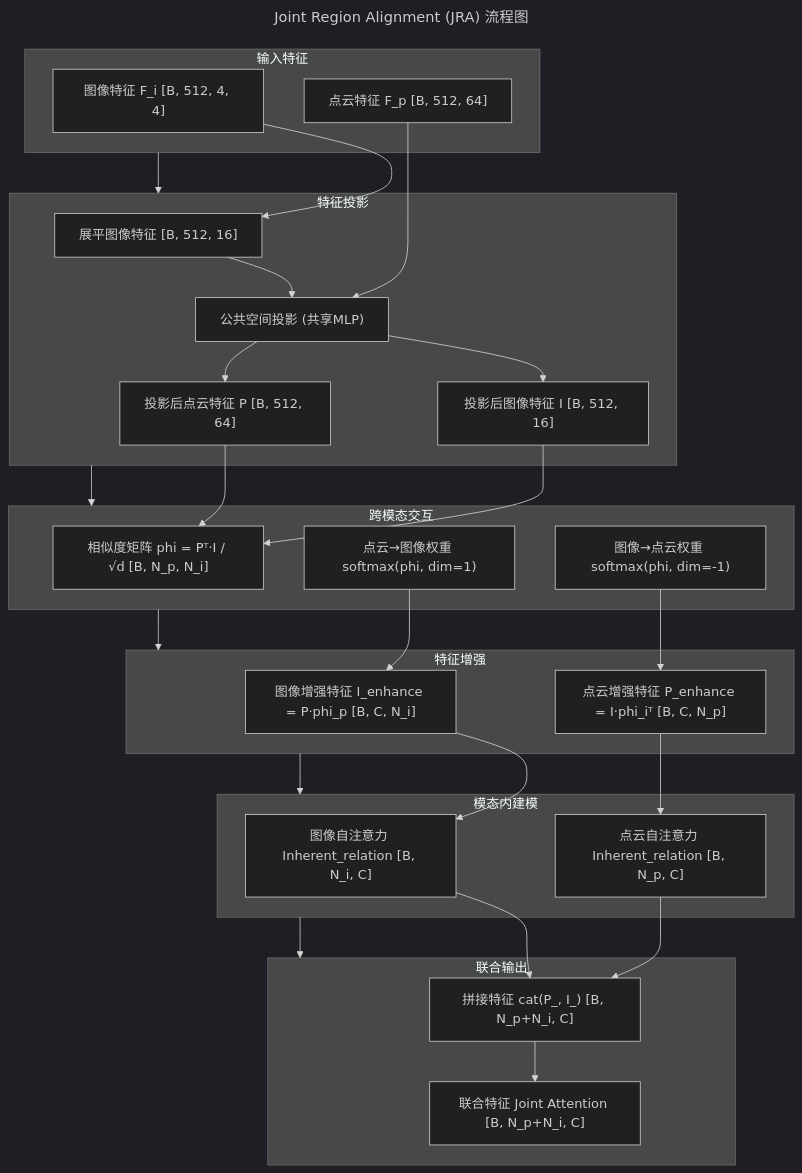
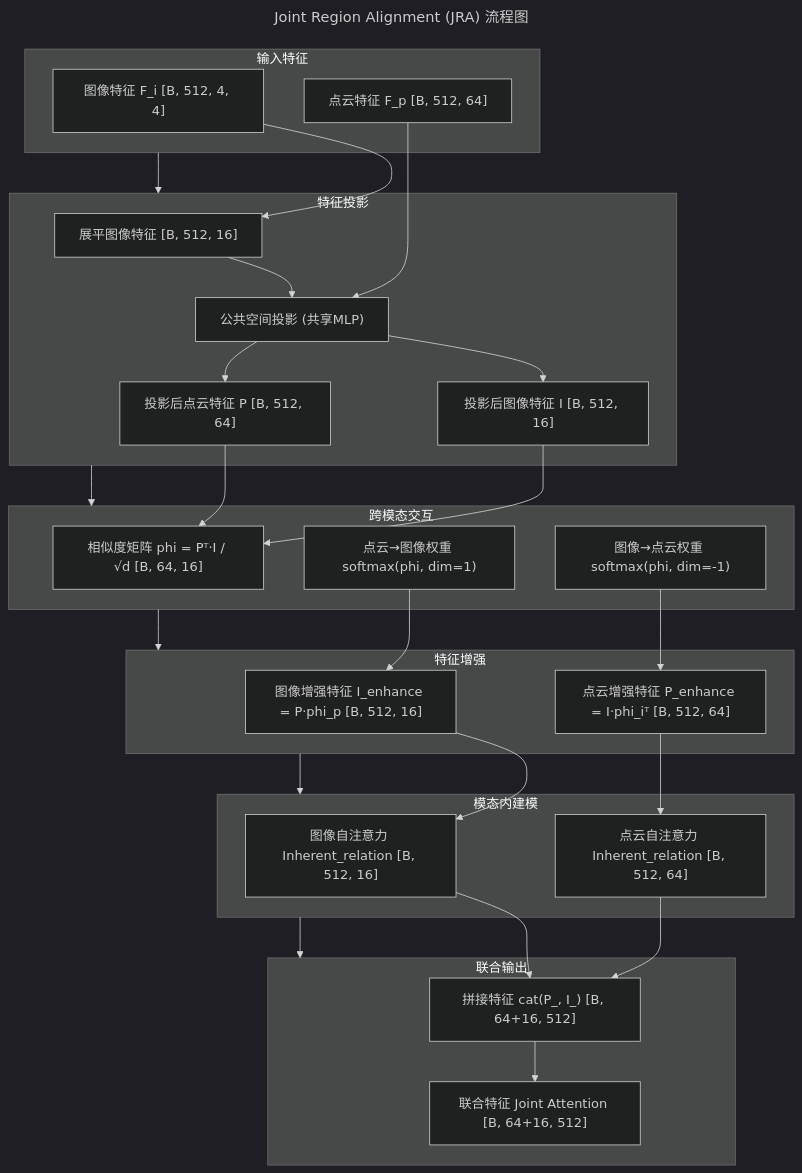
The diagram in src/3DVL/IAGNet.md (BinaryOracle/BinaryOracle.github.io), drawn with Mermaid (dark theme) before and after one commit.

````diff
--- a/src/3DVL/IAGNet.md
+++ b/src/3DVL/IAGNet.md
@@ -356,61 +356,61 @@
 ```mermaid
 ---
 title: Joint Region Alignment (JRA) 流程图
 ---
 flowchart TB
     subgraph 输入特征
         F_i["图像特征 F_i [B, 512, 4, 4]"]
         F_p["点云特征 F_p [B, 512, 64]"]
     end
 
     subgraph 特征投影
         F_i_flat["展平图像特征 [B, 512, 16]"]
         to_common["公共空间投影 (共享MLP)"]
         I["投影后图像特征 I [B, 512, 16]"]
         P["投影后点云特征 P [B, 512, 64]"]
     end
 
     subgraph 跨模态交互
-        phi["相似度矩阵 phi = Pᵀ·I / √d [B, N_p, N_i]"]
+        phi["相似度矩阵 phi = Pᵀ·I / √d [B, 64, 16]"]
         phi_p["点云→图像权重 softmax(phi, dim=1)"]
         phi_i["图像→点云权重 softmax(phi, dim=-1)"]
     end
 
     subgraph 特征增强
-        I_enhance["图像增强特征 I_enhance = P·phi_p [B, C, N_i]"]
-        P_enhance["点云增强特征 P_enhance = I·phi_iᵀ [B, C, N_p]"]
+        I_enhance["图像增强特征 I_enhance = P·phi_p [B, 512, 16]"]
+        P_enhance["点云增强特征 P_enhance = I·phi_iᵀ [B, 512, 64]"]
     end
 
     subgraph 模态内建模
-        I_atten["图像自注意力 Inherent_relation [B, N_i, C]"]
-        P_atten["点云自注意力 Inherent_relation [B, N_p, C]"]
+        I_atten["图像自注意力 Inherent_relation [B, 512, 16]"]
+        P_atten["点云自注意力 Inherent_relation [B, 512, 64]"]
     end
 
     subgraph 联合输出
-        joint_patch["拼接特征 cat(P_, I_) [B, N_p+N_i, C]"]
-        F_j["联合特征 Joint Attention [B, N_p+N_i, C]"]
+        joint_patch["拼接特征 cat(P_, I_) [B, 64+16, 512]"]
+        F_j["联合特征 Joint Attention [B, 64+16, 512]"]
     end
 
     %% 数据流连接
     输入特征 --> 特征投影
     F_i --> F_i_flat
     F_i_flat --> to_common --> I
     F_p --> to_common --> P
 
     特征投影 --> 跨模态交互
     I --> phi
     P --> phi
 
     跨模态交互 --> 特征增强
     phi_p --> I_enhance
     phi_i --> P_enhance
 
     特征增强 --> 模态内建模
     I_enhance --> I_atten
     P_enhance --> P_atten
 
     模态内建模 --> 联合输出
     I_atten --> joint_patch
     P_atten --> joint_patch
     joint_patch --> F_j
 ```
````
